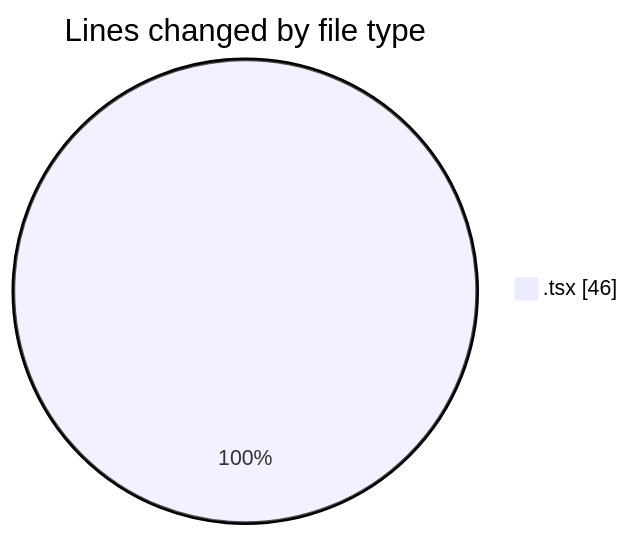
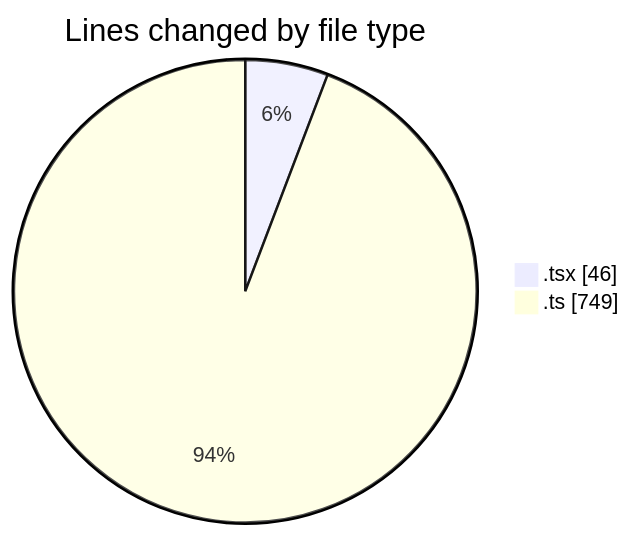
One commit to nxtqubesakshisongat/code-tracking changed the first of 2 diagrams in 2026-02-27/nxtqube_webapp/README.md. Above: the diagram before and after it, drawn with Mermaid. The commit also changed other lines of this file and 1 other file, not shown here.

````diff
--- a/2026-02-27/nxtqube_webapp/README.md
+++ b/2026-02-27/nxtqube_webapp/README.md
@@ -20,5 +21,6 @@
 ```mermaid
 pie showData
 title Lines changed by file type
 ".tsx" : 46
+".ts" : 749
 ```
````
